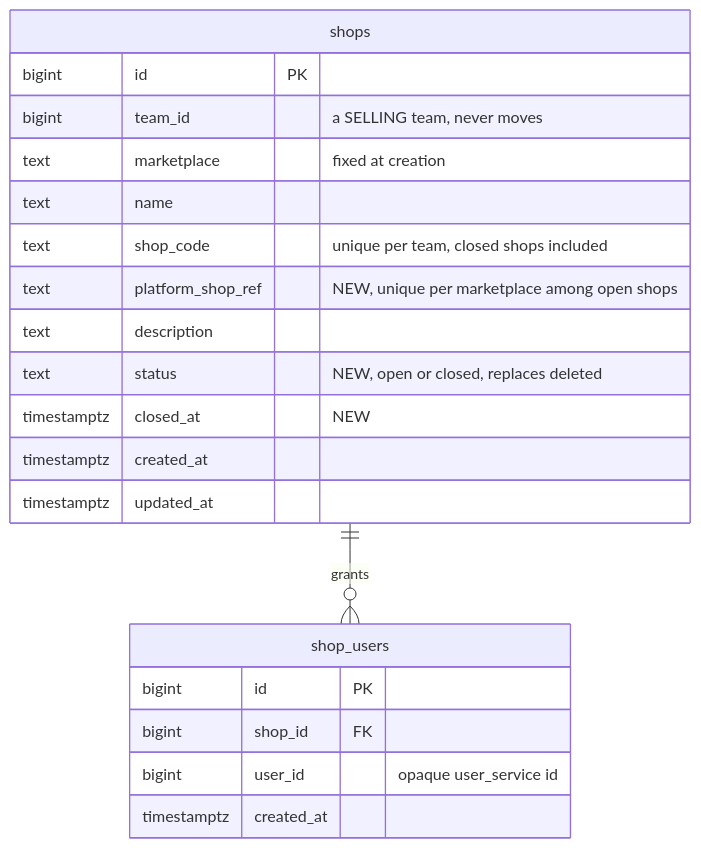
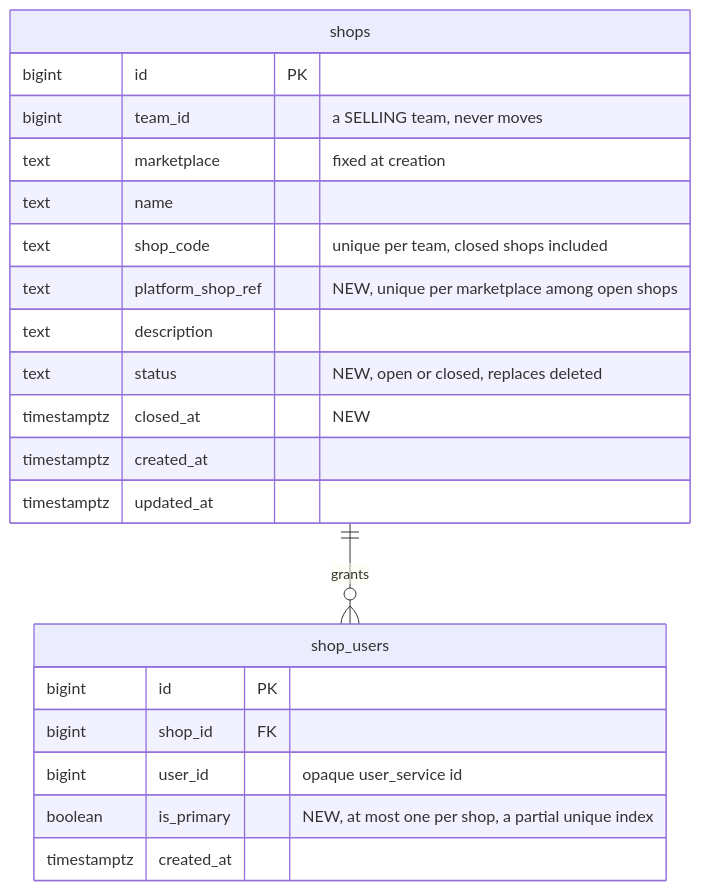
One commit to pdcgo/warehouse_revamp changed the fifth of 5 diagrams in docs/business/shop/context_clarify.md. Above: the diagram before and after it, drawn with Mermaid. The commit also changed other lines of this file and 3 other files, not shown here.

First line of the commit message:
shop: record a-shop-has-one-primary-cs and one-call-answers-the-shop-and-the-access

````diff
--- a/docs/business/shop/context_clarify.md
+++ b/docs/business/shop/context_clarify.md
@@ -160,23 +173,24 @@
 ```mermaid
 erDiagram
   shops ||--o{ shop_users : "grants"
   shops {
     bigint id PK
     bigint team_id "a SELLING team, never moves"
     text marketplace "fixed at creation"
     text name
     text shop_code "unique per team, closed shops included"
     text platform_shop_ref "NEW, unique per marketplace among open shops"
     text description
     text status "NEW, open or closed, replaces deleted"
     timestamptz closed_at "NEW"
     timestamptz created_at
     timestamptz updated_at
   }
   shop_users {
     bigint id PK
     bigint shop_id FK
     bigint user_id "opaque user_service id"
+    boolean is_primary "NEW, at most one per shop, a partial unique index"
     timestamptz created_at
   }
 ```
````
